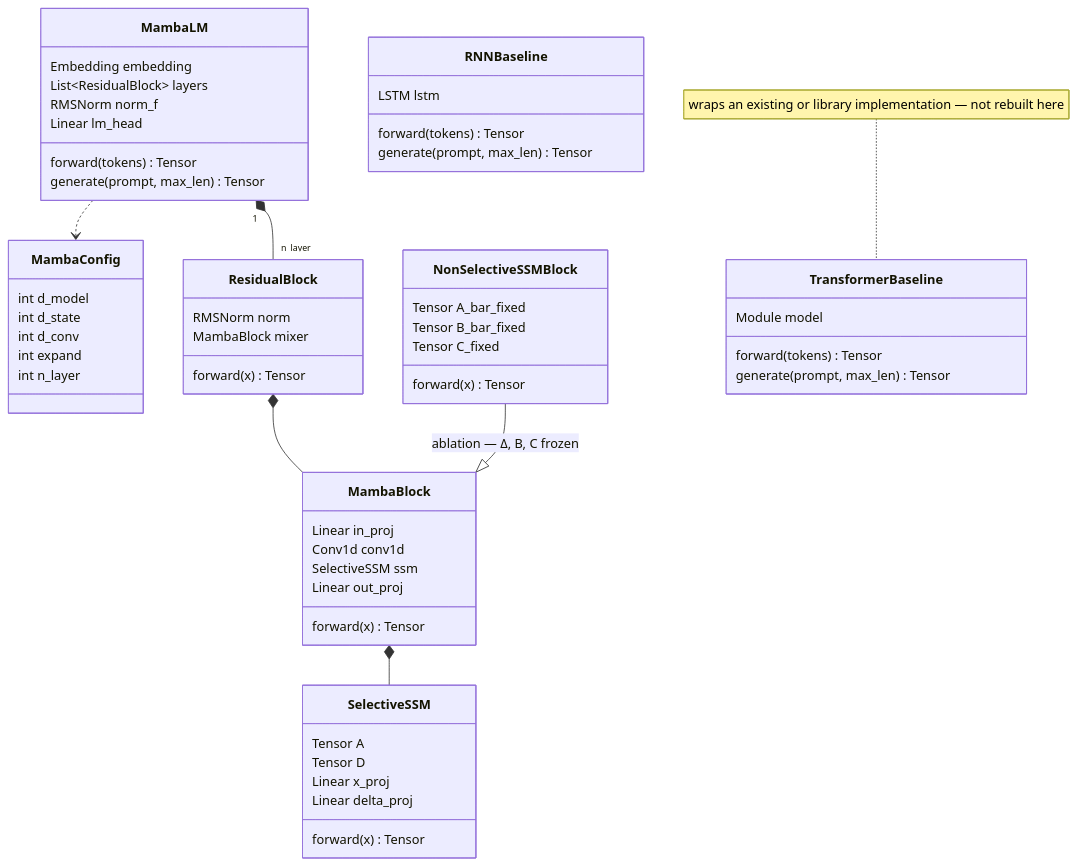
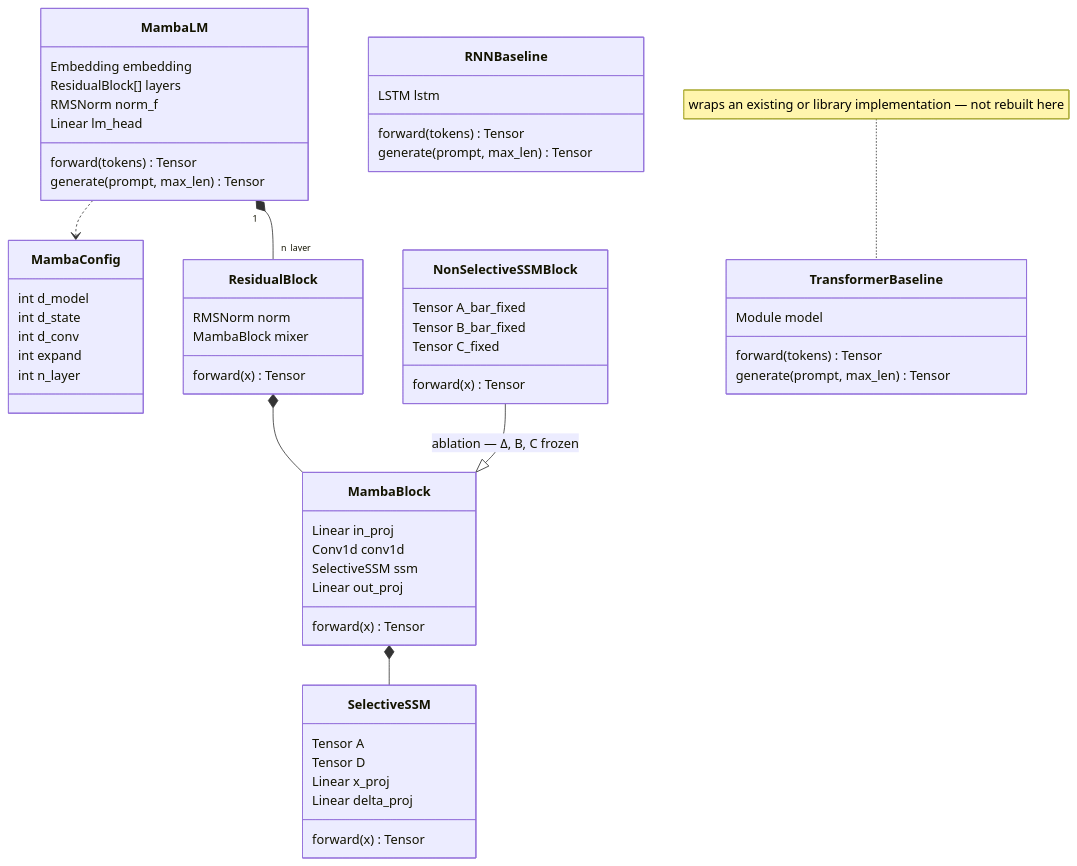
Before and after one commit to roksana-mirzaei/AI_Researcher_Learning_Path: the fifth of 5 diagrams in essentials/Foundational_Architecture_and_Representation_Learning/Mamba/Implementation_plan.md, drawn with Mermaid. The commit also changed 1 other file, not shown here.

Commit message:
chores: add the biolerplate for mamba implementation

````diff
--- a/essentials/Foundational_Architecture_and_Representation_Learning/Mamba/Implementation_plan.md
+++ b/essentials/Foundational_Architecture_and_Representation_Learning/Mamba/Implementation_plan.md
@@ -159,61 +159,61 @@
 ```mermaid
 classDiagram
     class MambaConfig {
         int d_model
         int d_state
         int d_conv
         int expand
         int n_layer
     }
     class SelectiveSSM {
         Tensor A
         Tensor D
         Linear x_proj
         Linear delta_proj
         forward(x) Tensor
     }
     class MambaBlock {
         Linear in_proj
         Conv1d conv1d
         SelectiveSSM ssm
         Linear out_proj
         forward(x) Tensor
     }
     class ResidualBlock {
         RMSNorm norm
         MambaBlock mixer
         forward(x) Tensor
     }
     class MambaLM {
         Embedding embedding
-        List~ResidualBlock~ layers
+        ResidualBlock[] layers
         RMSNorm norm_f
         Linear lm_head
         forward(tokens) Tensor
         generate(prompt, max_len) Tensor
     }
     MambaLM ..> MambaConfig
     MambaLM "1" *-- "n_layer" ResidualBlock
     ResidualBlock *-- MambaBlock
     MambaBlock *-- SelectiveSSM
 
     class NonSelectiveSSMBlock {
         Tensor A_bar_fixed
         Tensor B_bar_fixed
         Tensor C_fixed
         forward(x) Tensor
     }
     NonSelectiveSSMBlock --|> MambaBlock : ablation — Δ, B, C frozen
 
     class RNNBaseline {
         LSTM lstm
         forward(tokens) Tensor
         generate(prompt, max_len) Tensor
     }
     class TransformerBaseline {
         Module model
         forward(tokens) Tensor
         generate(prompt, max_len) Tensor
     }
     note for TransformerBaseline "wraps an existing or library implementation — not rebuilt here"
 ```
````
